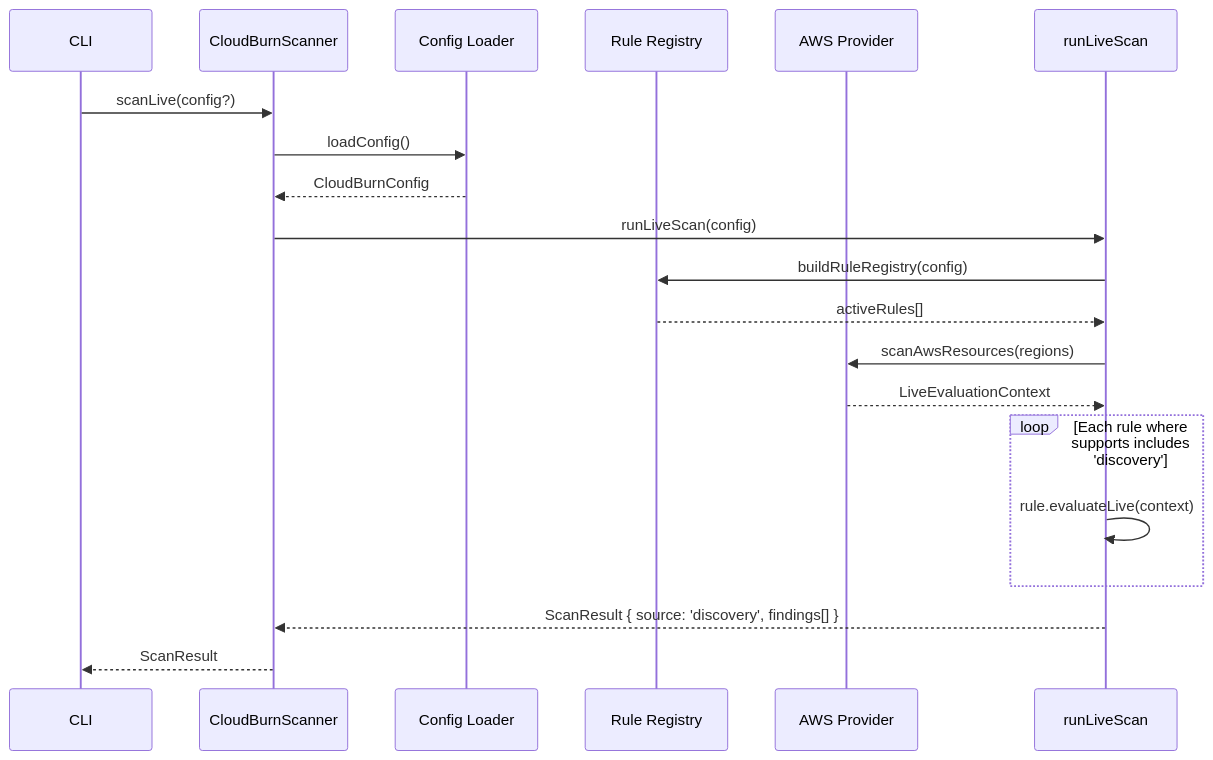
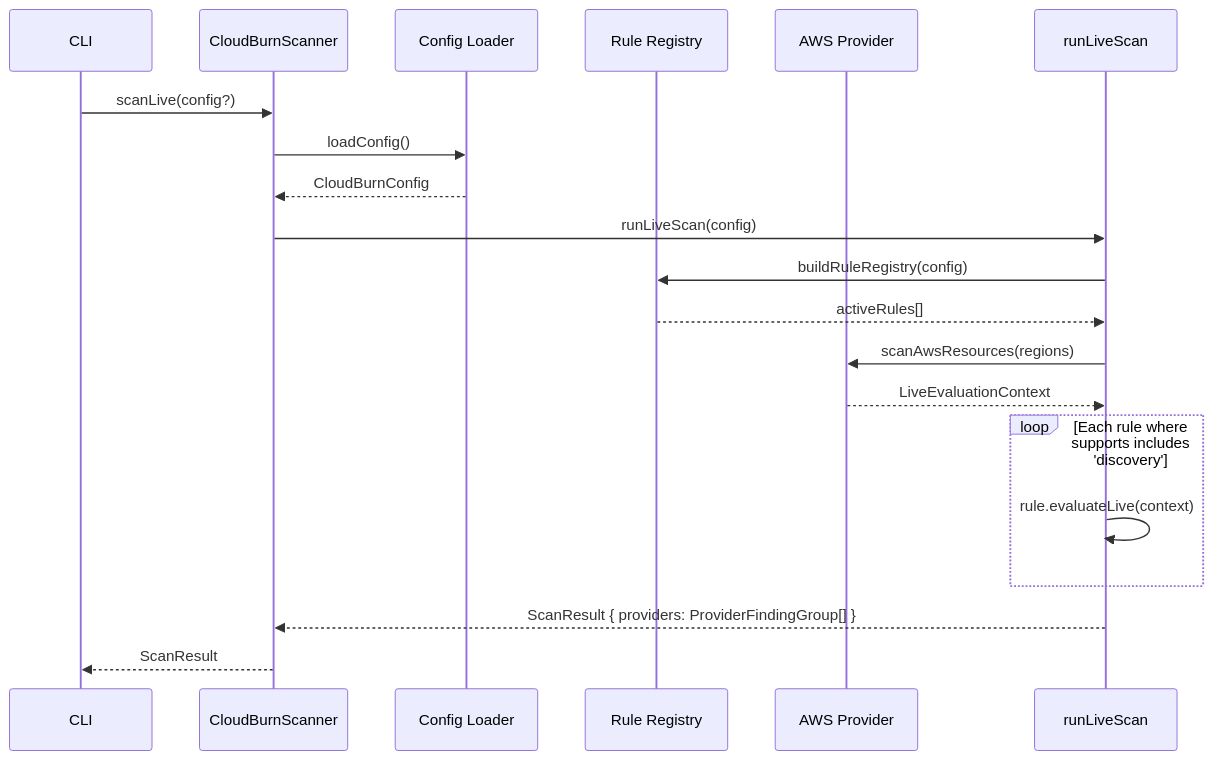
Before and after one commit to towardsthecloud/cloudburn: the third of 3 diagrams in ARCHITECTURE.md, drawn with Mermaid. The commit also changed other lines of this file and 43 other files, not shown here.

First line of the commit message:
refactor: group scan results by provider and rule (#10)

````diff
--- a/ARCHITECTURE.md
+++ b/ARCHITECTURE.md
@@ -46,23 +46,23 @@
 ```mermaid
 sequenceDiagram
   participant CLI
   participant Scanner as CloudBurnScanner
   participant Config as Config Loader
   participant Registry as Rule Registry
   participant AWS as AWS Provider
   participant Engine as runLiveScan
 
   CLI->>Scanner: scanLive(config?)
   Scanner->>Config: loadConfig()
   Config-->>Scanner: CloudBurnConfig
   Scanner->>Engine: runLiveScan(config)
   Engine->>Registry: buildRuleRegistry(config)
   Registry-->>Engine: activeRules[]
   Engine->>AWS: scanAwsResources(regions)
   AWS-->>Engine: LiveEvaluationContext
   loop Each rule where supports includes 'discovery'
     Engine->>Engine: rule.evaluateLive(context)
   end
-  Engine-->>Scanner: ScanResult { source: 'discovery', findings[] }
+  Engine-->>Scanner: ScanResult { providers: ProviderFindingGroup[] }
   Scanner-->>CLI: ScanResult
 ```
````
